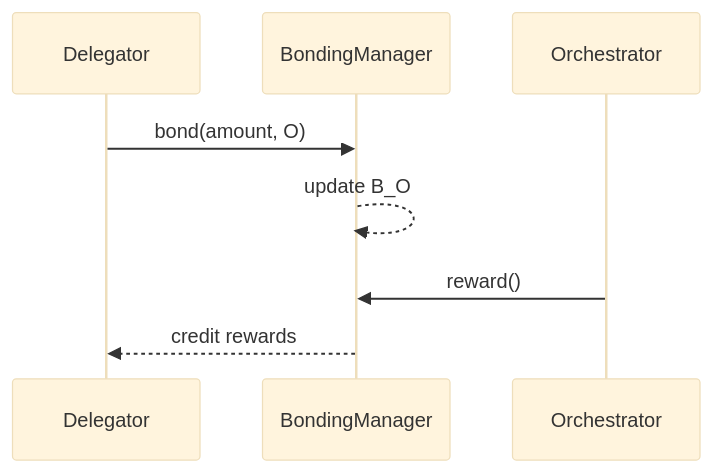
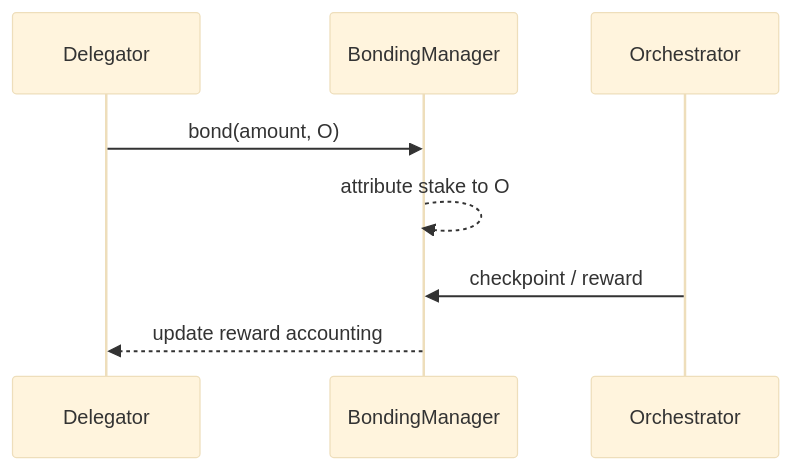
Before and after one commit to its-DeFine/docs: the second of 2 diagrams in v2/pages/06_lptoken/delegation/overview.mdx, drawn with Mermaid (base theme). The commit also changed other lines of this file and 2 other files, not shown here.

````diff
--- a/v2/pages/06_lptoken/delegation/overview.mdx
+++ b/v2/pages/06_lptoken/delegation/overview.mdx
@@ -176,11 +183,11 @@
 ```mermaid
 sequenceDiagram
     participant D as Delegator
     participant BM as BondingManager
     participant O as Orchestrator
 
     D->>BM: bond(amount, O)
-    BM-->>BM: update B_O
-    O->>BM: reward()
-    BM-->>D: credit rewards
+    BM-->>BM: attribute stake to O
+    O->>BM: checkpoint / reward
+    BM-->>D: update reward accounting
 ```
````
